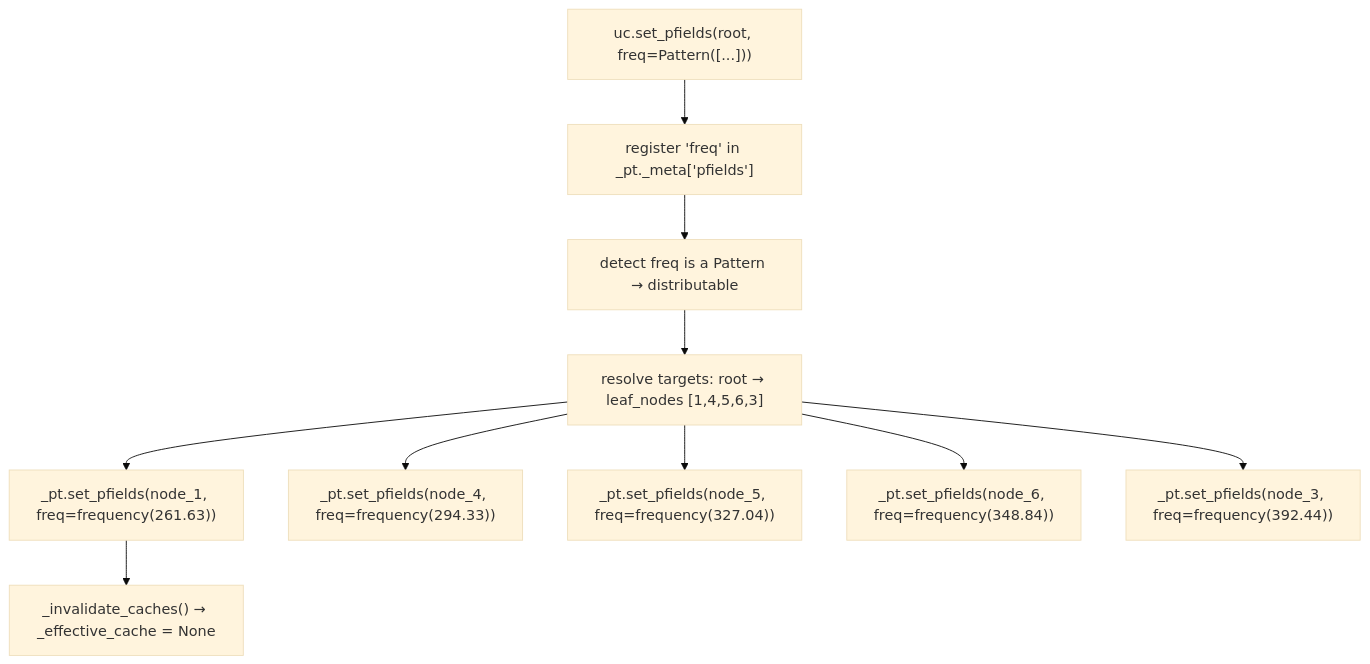
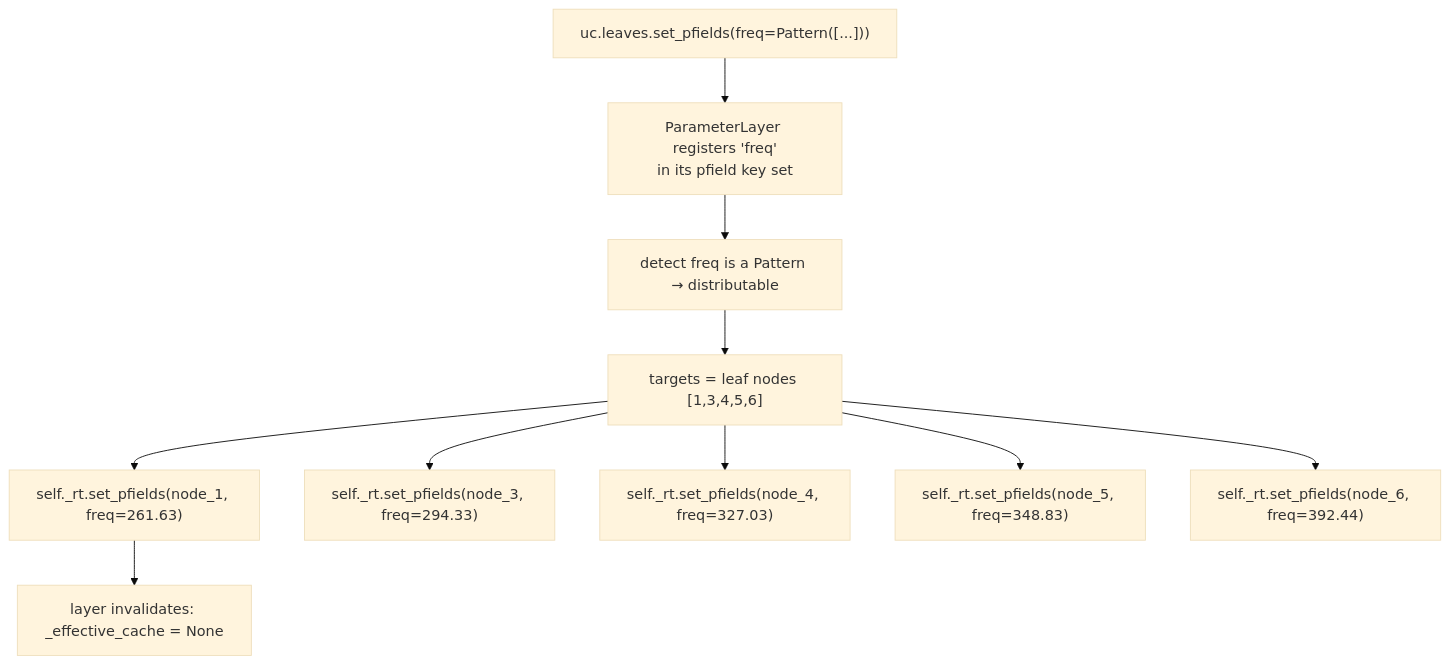
One commit to kr4g/Klotho changed the third of 8 diagrams in docs/architecture/10_WALKTHROUGH.md. Above: the diagram before and after it, drawn with Mermaid (base theme). The commit also changed other lines of this file and 13 other files, not shown here.

First line of the commit message:
Overhaul architecture docs for Klotho 10.x API

````diff
--- a/docs/architecture/10_WALKTHROUGH.md
+++ b/docs/architecture/10_WALKTHROUGH.md
@@ -179,13 +186,13 @@
 ```mermaid
 flowchart TD
-    A["uc.set_pfields(root, freq=Pattern([...]))"]
-    A --> B["register 'freq' in _pt._meta['pfields']"]
+    A["uc.leaves.set_pfields(freq=Pattern([...]))"]
+    A --> B["ParameterLayer registers 'freq'<br/>in its pfield key set"]
     B --> C["detect freq is a Pattern → distributable"]
-    C --> D["resolve targets: root → leaf_nodes [1,4,5,6,3]"]
-    D --> E["_pt.set_pfields(node_1, freq=frequency(261.63))"]
-    D --> F["_pt.set_pfields(node_4, freq=frequency(294.33))"]
-    D --> G["_pt.set_pfields(node_5, freq=frequency(327.04))"]
-    D --> H["_pt.set_pfields(node_6, freq=frequency(348.84))"]
-    D --> I["_pt.set_pfields(node_3, freq=frequency(392.44))"]
-    E --> J["_invalidate_caches() → _effective_cache = None"]
+    C --> D["targets = leaf nodes [1,3,4,5,6]"]
+    D --> E["self._rt.set_pfields(node_1, freq=261.63)"]
+    D --> F["self._rt.set_pfields(node_3, freq=294.33)"]
+    D --> G["self._rt.set_pfields(node_4, freq=327.03)"]
+    D --> H["self._rt.set_pfields(node_5, freq=348.83)"]
+    D --> I["self._rt.set_pfields(node_6, freq=392.44)"]
+    E --> J["layer invalidates: _effective_cache = None"]
 ```
````
